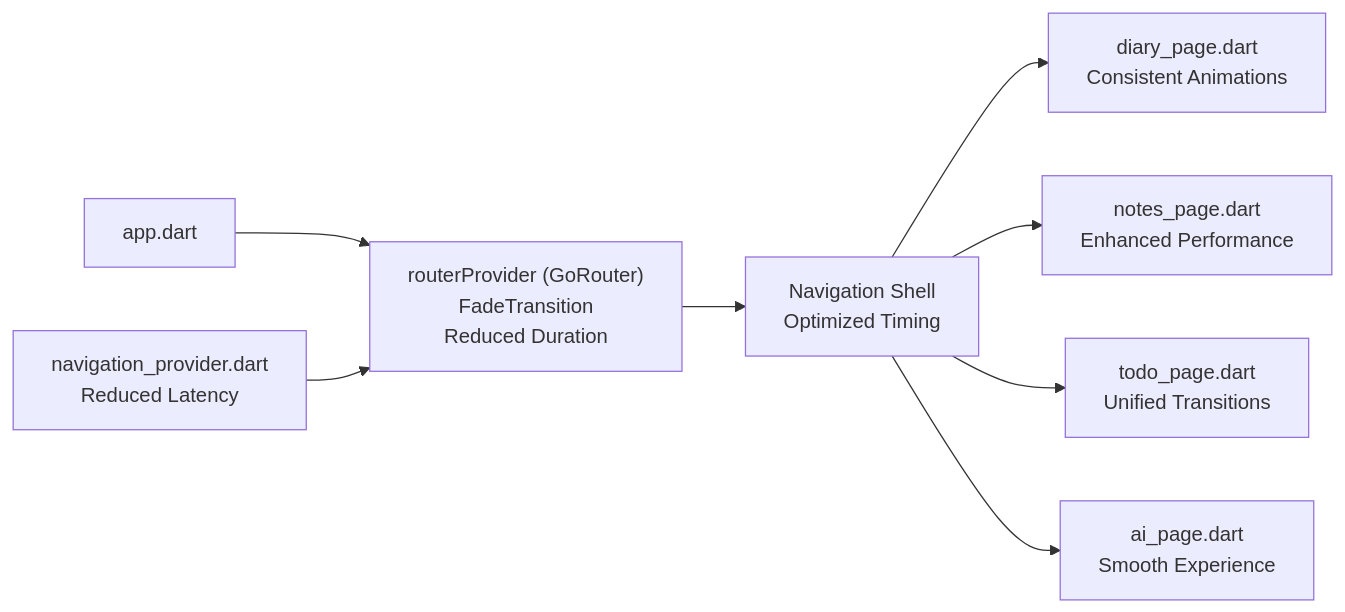
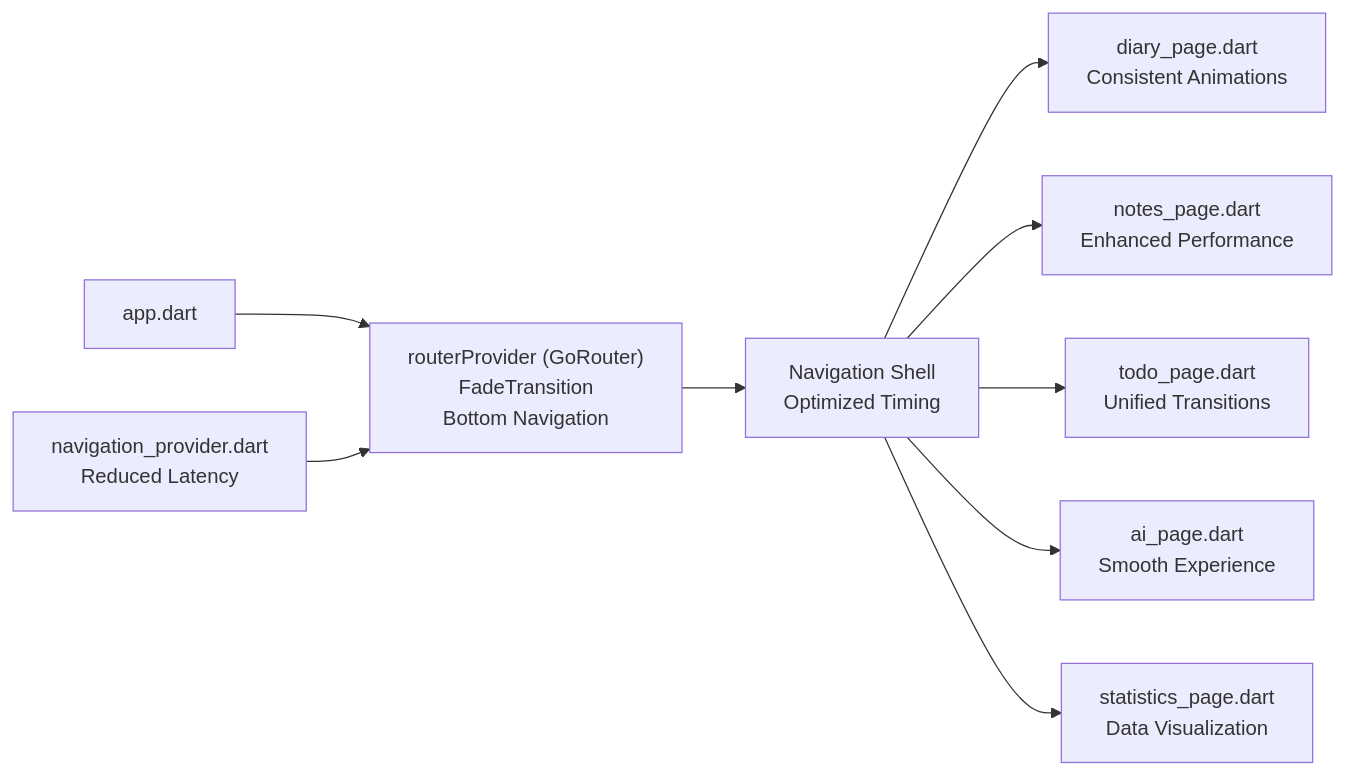
One commit to favoroo/QNote changed the third of 3 diagrams in .qoder/repowiki/en/content/UI Components and Pages/Page Architecture and Navigation.md. Above: the diagram before and after it, drawn with Mermaid. The commit also changed other lines of this file and 65 other files, not shown here.

First line of the commit message:
docs: 新增项目文档与配置文件，修复AI提取与热力图问题

````diff
--- a/.qoder/repowiki/en/content/UI Components and Pages/Page Architecture and Navigation.md
+++ b/.qoder/repowiki/en/content/UI Components and Pages/Page Architecture and Navigation.md
@@ -239,10 +266,11 @@
 ```mermaid
 graph LR
-RouterProvider["routerProvider (GoRouter)<br/>FadeTransition<br/>Reduced Duration"] --> Shell["Navigation Shell<br/>Optimized Timing"]
+RouterProvider["routerProvider (GoRouter)<br/>FadeTransition<br/>Bottom Navigation"] --> Shell["Navigation Shell<br/>Optimized Timing"]
 Shell --> Diary["diary_page.dart<br/>Consistent Animations"]
 Shell --> Notes["notes_page.dart<br/>Enhanced Performance"]
 Shell --> Todo["todo_page.dart<br/>Unified Transitions"]
 Shell --> AI["ai_page.dart<br/>Smooth Experience"]
+Shell --> Stats["statistics_page.dart<br/>Data Visualization"]
 App["app.dart"] --> RouterProvider
 NavProvider["navigation_provider.dart<br/>Reduced Latency"] --> RouterProvider
 ```
````
